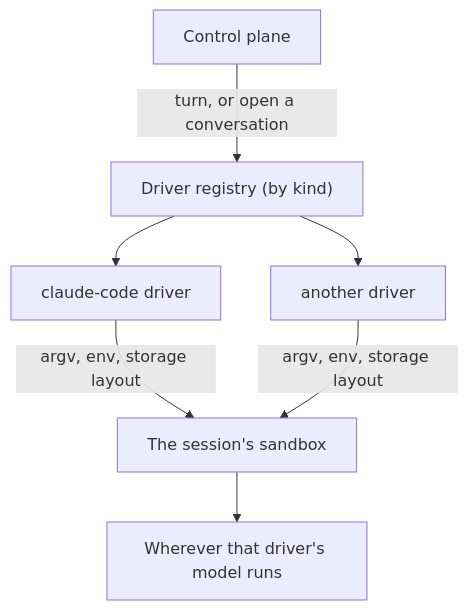
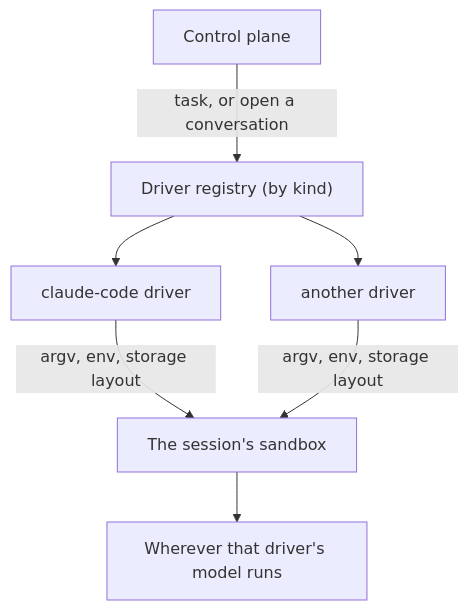
Before and after one commit to atlantic-blue/quay-crew: the diagram in docs/DRIVERS.md, drawn with Mermaid. The commit also changed other lines of this file and 170 other files, not shown here.

Commit message:
refactor: rename thread to session, turn to task

````diff
--- a/docs/DRIVERS.md
+++ b/docs/DRIVERS.md
@@ -59,16 +59,16 @@
 ```mermaid
 flowchart TB
   CP["Control plane"]
   REG["Driver registry (by kind)"]
   D1["claude-code driver"]
   D2["another driver"]
   BOX["The session's sandbox"]
   MODEL["Wherever that driver's model runs"]
 
-  CP -->|"turn, or open a conversation"| REG
+  CP -->|"task, or open a conversation"| REG
   REG --> D1
   REG --> D2
   D1 -->|"argv, env, storage layout"| BOX
   D2 -->|"argv, env, storage layout"| BOX
   BOX --> MODEL
 ```
````
